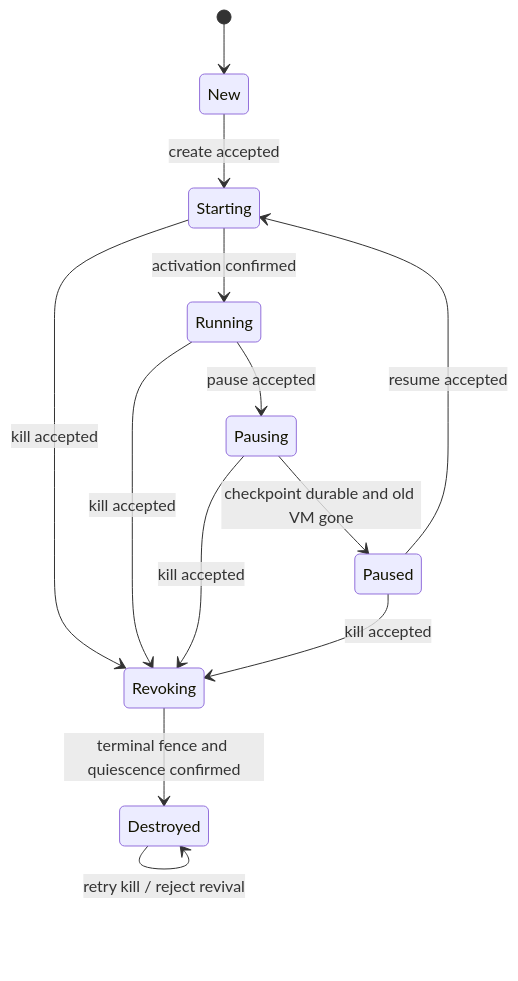
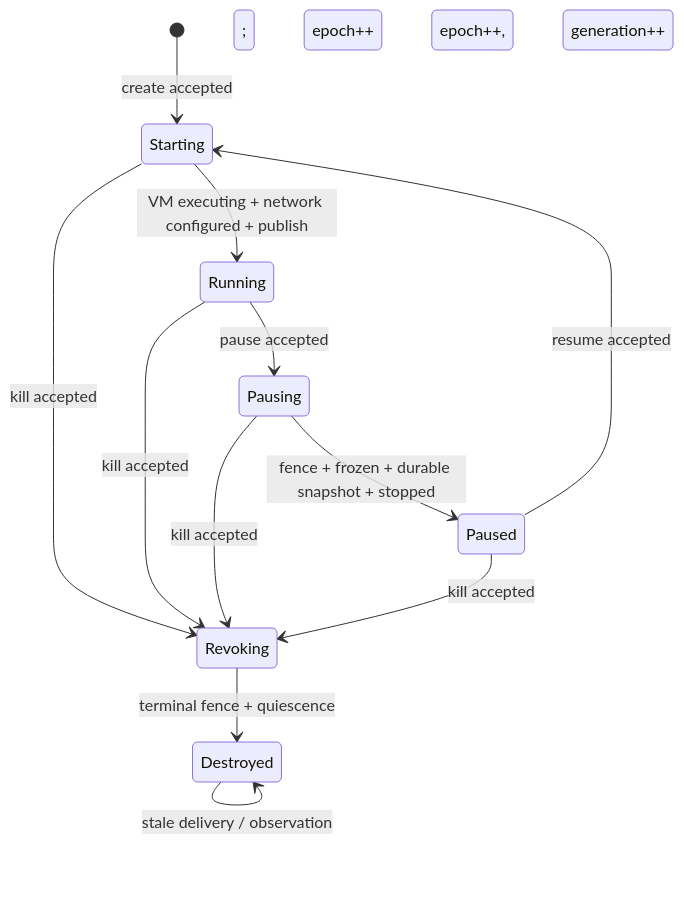
The diagram in docs/state-machine.md (VeriInfra-Lab/sandproof), drawn with Mermaid before and after one commit. The commit also changed other lines of this file and 19 other files, not shown here.

````diff
--- a/docs/state-machine.md
+++ b/docs/state-machine.md
@@ -25,15 +43,14 @@
 ```mermaid
 stateDiagram-v2
-    [*] --> New
-    New --> Starting: create accepted
-    Starting --> Running: activation confirmed
-    Running --> Pausing: pause accepted
-    Pausing --> Paused: checkpoint durable and old VM gone
-    Paused --> Starting: resume accepted
+    [*] --> Starting: create accepted
+    Starting --> Running: VM executing + network configured + publish
+    Running --> Pausing: pause accepted; epoch++
+    Pausing --> Paused: fence + frozen + durable snapshot + stopped
+    Paused --> Starting: resume accepted; epoch++, generation++
     Starting --> Revoking: kill accepted
     Running --> Revoking: kill accepted
     Pausing --> Revoking: kill accepted
     Paused --> Revoking: kill accepted
-    Revoking --> Destroyed: terminal fence and quiescence confirmed
-    Destroyed --> Destroyed: retry kill / reject revival
+    Revoking --> Destroyed: terminal fence + quiescence
+    Destroyed --> Destroyed: stale delivery / observation
 ```
````
